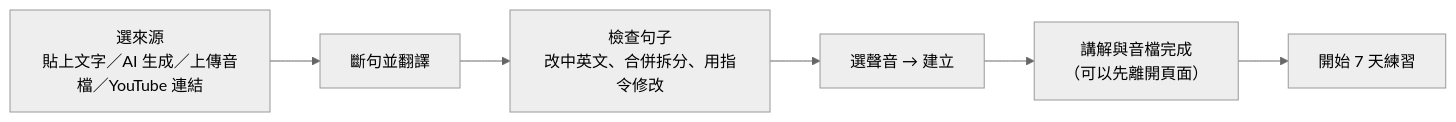
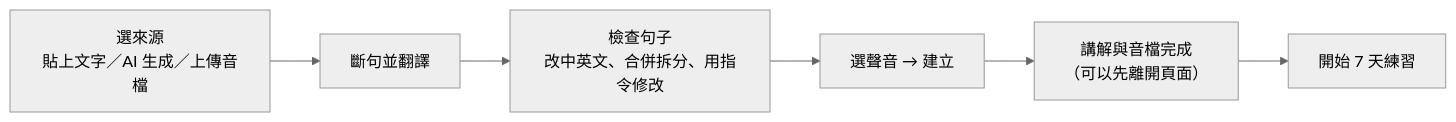
The second of 2 diagrams in docs/system/zh-Hant/user.md (YA-CIAO-LIANG/listenloop), drawn with Mermaid (neutral theme) before and after one commit. The commit also changed other lines of this file and 18 other files, not shown here.

First line of the commit message:
feat: 暫停「YouTube 貼連結建立練習」（功能開關，D131） (#171)

````diff
--- a/docs/system/zh-Hant/user.md
+++ b/docs/system/zh-Hant/user.md
@@ -160,8 +160,8 @@
 ```mermaid
 flowchart LR
-  A["選來源\n貼上文字／AI 生成／上傳音檔／YouTube 連結"] --> B["斷句並翻譯"]
+  A["選來源\n貼上文字／AI 生成／上傳音檔"] --> B["斷句並翻譯"]
   B --> C["檢查句子\n改中英文、合併拆分、用指令修改"]
   C --> D["選聲音 → 建立"]
   D --> E["講解與音檔完成\n（可以先離開頁面）"]
   E --> F["開始 7 天練習"]
 ```
````
